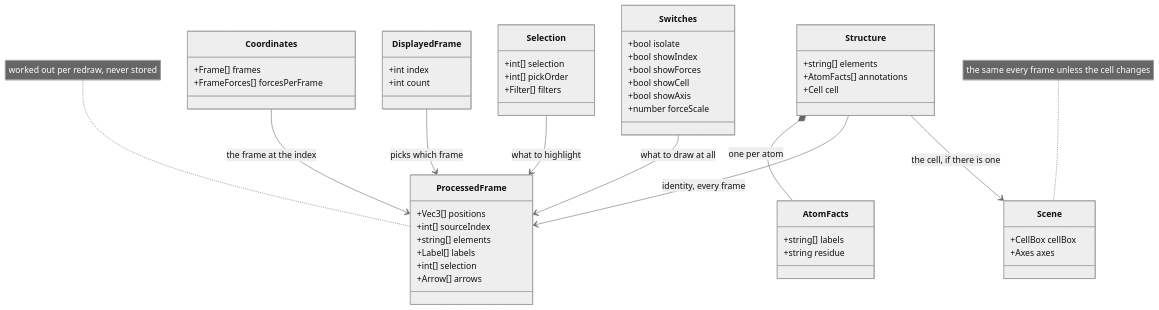
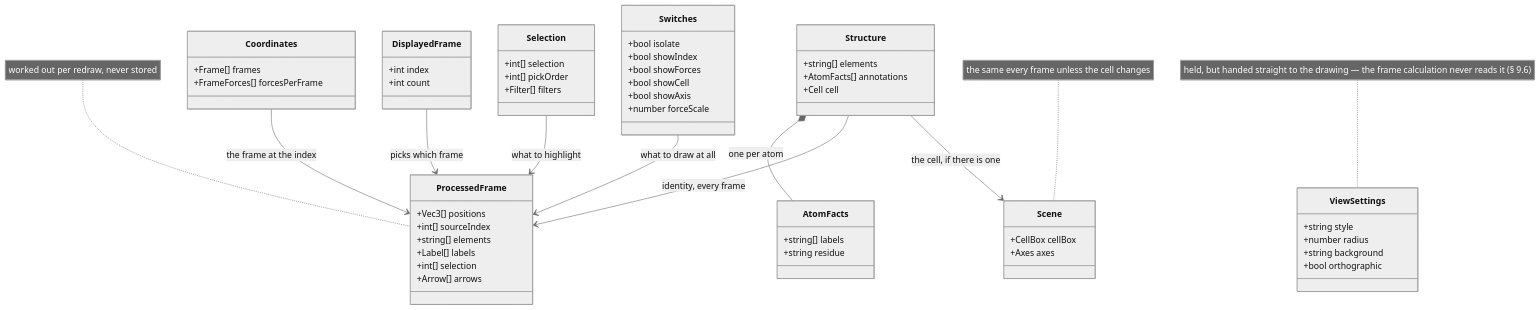
Before and after one commit to Qing-LAB/molbuilder: the second of 7 diagrams in docs/web/molview.md, drawn with Mermaid (neutral theme). The commit also changed other lines of this file, not shown here.

First line of the commit message:
docs: molview.md -- ninth pass: the drawing settings were held and never listed

````diff
--- a/docs/web/molview.md
+++ b/docs/web/molview.md
@@ -411,54 +422,61 @@
 ```mermaid
 classDiagram
     class Structure {
       +string[] elements
       +AtomFacts[] annotations
       +Cell cell
     }
     class AtomFacts {
       +string[] labels
       +string residue
     }
     class Coordinates {
       +Frame[] frames
       +FrameForces[] forcesPerFrame
     }
     class DisplayedFrame {
       +int index
       +int count
     }
     class Selection {
       +int[] selection
       +int[] pickOrder
       +Filter[] filters
     }
     class Switches {
       +bool isolate
       +bool showIndex
       +bool showForces
       +bool showCell
       +bool showAxis
       +number forceScale
     }
     class ProcessedFrame {
       +Vec3[] positions
       +int[] sourceIndex
       +string[] elements
       +Label[] labels
       +int[] selection
       +Arrow[] arrows
     }
     class Scene {
       +CellBox cellBox
       +Axes axes
     }
+    class ViewSettings {
+      +string style
+      +number radius
+      +string background
+      +bool orthographic
+    }
     Structure *-- AtomFacts : one per atom
     Structure --> ProcessedFrame : identity, every frame
     Coordinates --> ProcessedFrame : the frame at the index
     DisplayedFrame --> ProcessedFrame : picks which frame
     Selection --> ProcessedFrame : what to highlight
     Switches --> ProcessedFrame : what to draw at all
     Structure --> Scene : the cell, if there is one
     note for ProcessedFrame "worked out per redraw, never stored"
     note for Scene "the same every frame unless the cell changes"
+    note for ViewSettings "held, but handed straight to the drawing — the frame calculation never reads it (§ 9.6)"
 ```
````
